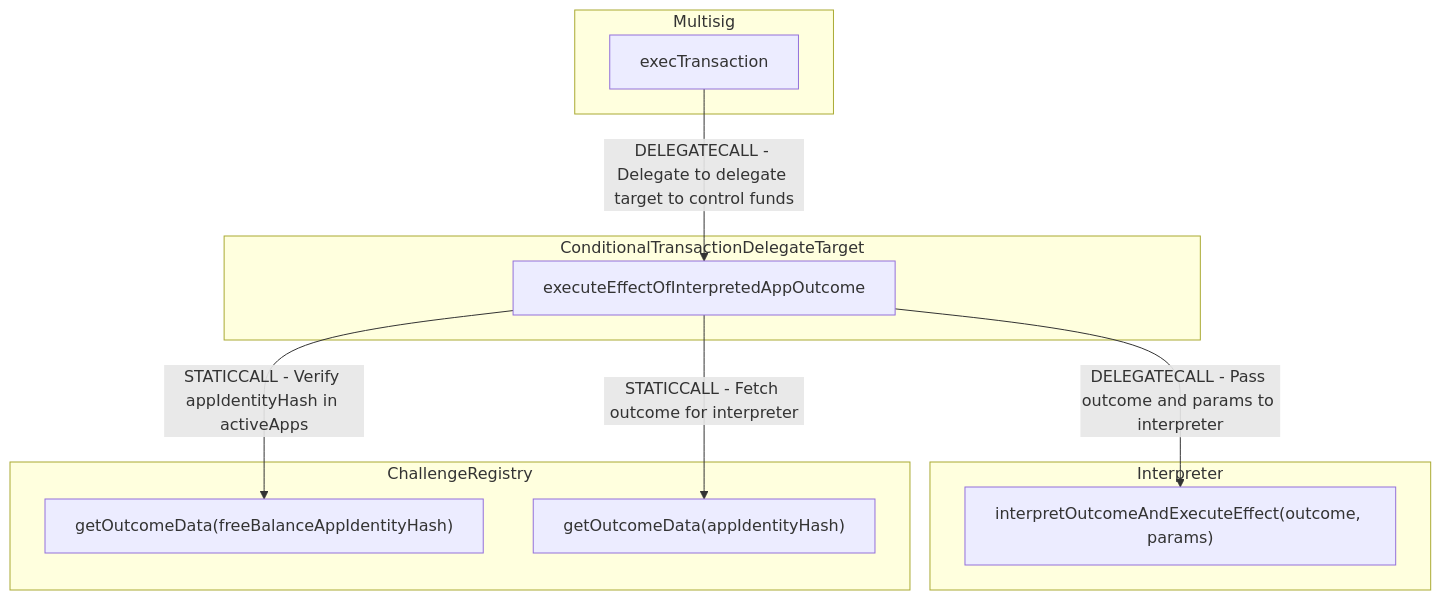
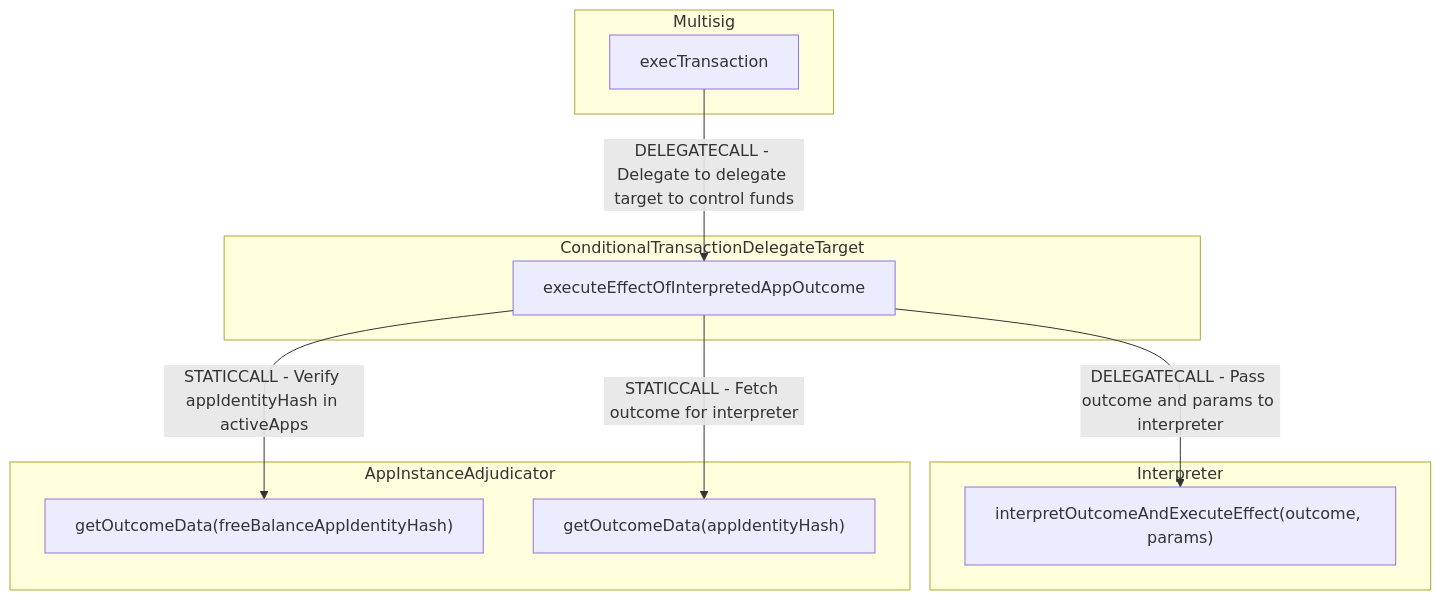
The diagram in packages/specs/source/diagrams/conditional-transaction-commitment.mmd (counterfactual/monorepo), drawn with Mermaid before and after one commit. The commit also changed 23 other files, not shown here.

```diff
--- a/packages/specs/source/diagrams/conditional-transaction-commitment.mmd
+++ b/packages/specs/source/diagrams/conditional-transaction-commitment.mmd
@@ -1,25 +1,25 @@
 graph TB
 
     subgraph Interpreter
         interpretOutcomeAndExecuteEffect["interpretOutcomeAndExecuteEffect(outcome, params)"]
     end
 
-    subgraph ChallengeRegistry
+    subgraph AppInstanceAdjudicator
         getOutcome["getOutcomeData(freeBalanceAppIdentityHash)"]
         getOutcome2["getOutcomeData(appIdentityHash)"]
     end
 
     subgraph ConditionalTransactionDelegateTarget
         executeEffectOfInterpretedAppOutcome
         executeEffectOfInterpretedAppOutcome
           -->|DELEGATECALL - Pass outcome and params to interpreter| interpretOutcomeAndExecuteEffect
         executeEffectOfInterpretedAppOutcome
           -->|STATICCALL - Fetch outcome for interpreter| getOutcome2
         executeEffectOfInterpretedAppOutcome
           -->|STATICCALL - Verify appIdentityHash in activeApps| getOutcome
     end
 
     subgraph Multisig
         execTransaction
           -->|DELEGATECALL - Delegate to delegate target to control funds |executeEffectOfInterpretedAppOutcome
     end
```
